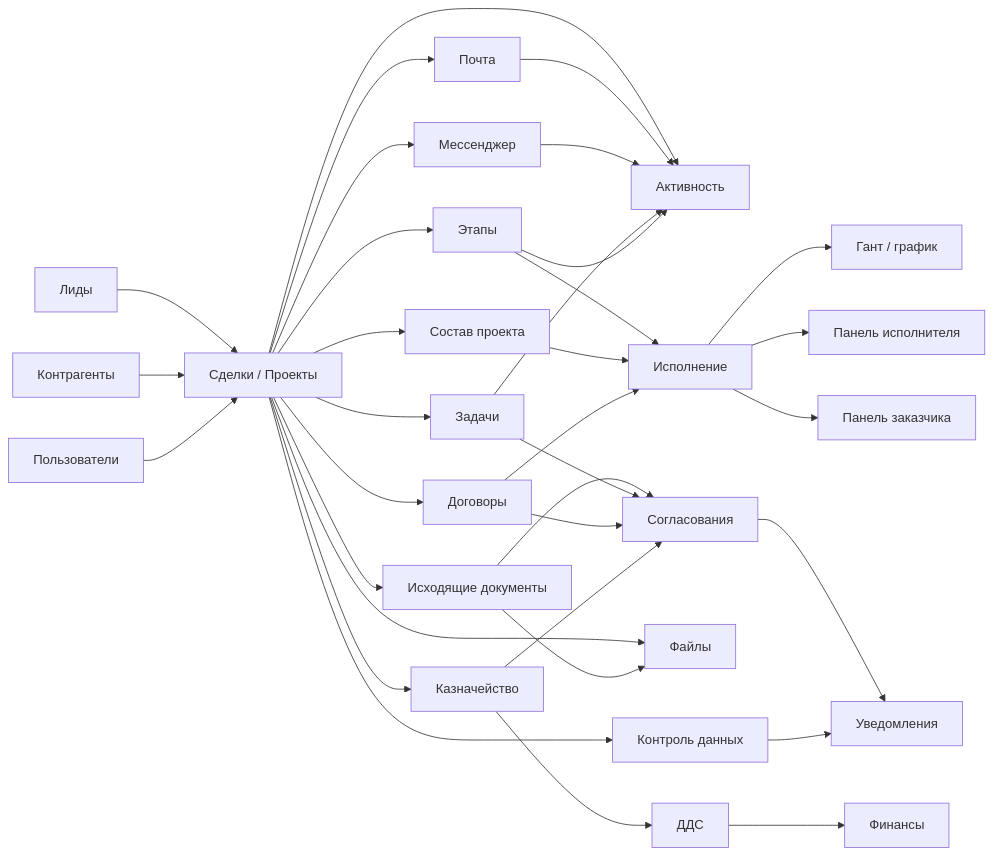
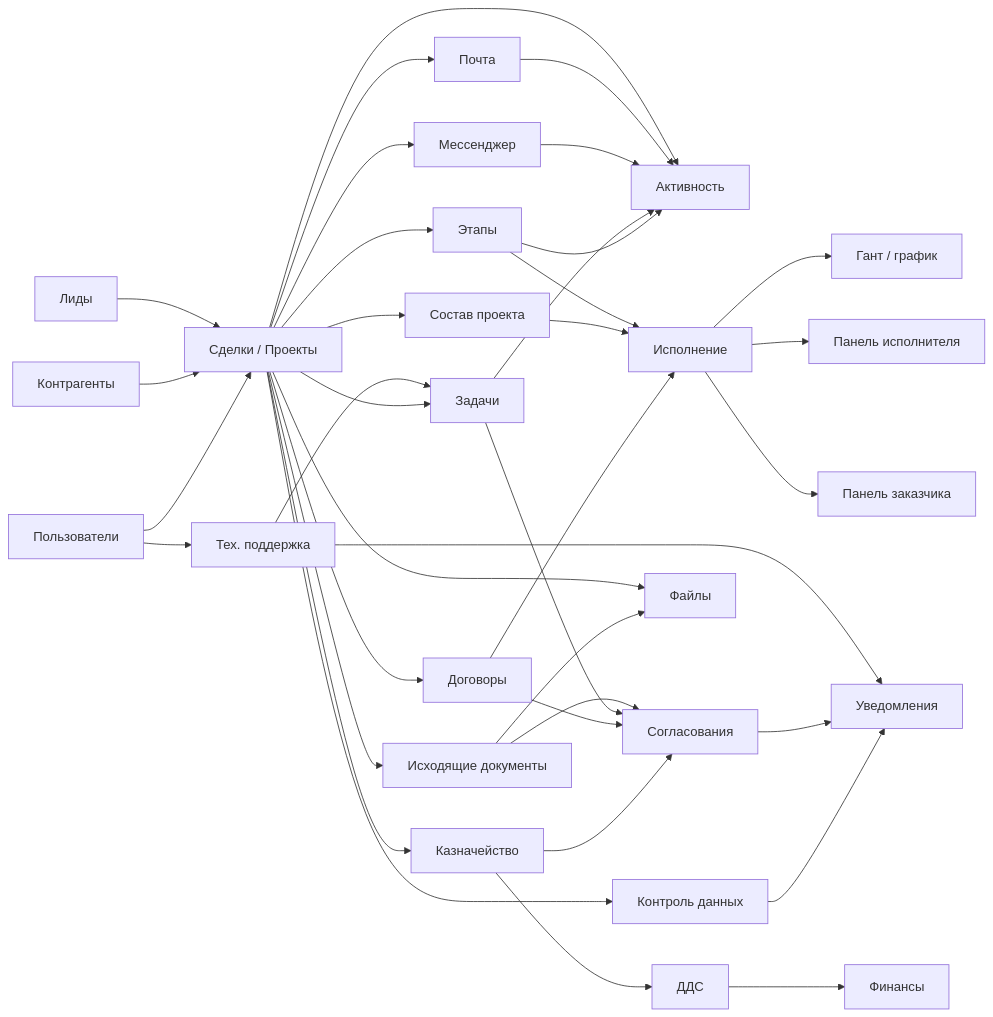
Before and after one commit to Illaevs/MPB: the first of 7 diagrams in docs/ADMIN_VISUAL_SYSTEM_MAP.md, drawn with Mermaid. The commit also changed other lines of this file and 264 other files, not shown here.

````diff
--- a/docs/ADMIN_VISUAL_SYSTEM_MAP.md
+++ b/docs/ADMIN_VISUAL_SYSTEM_MAP.md
@@ -20,44 +20,47 @@
 ```mermaid
 flowchart LR
     Leads["Лиды"] --> Deals["Сделки / Проекты"]
     Companies["Контрагенты"] --> Deals
     Users["Пользователи"] --> Deals
+    Users --> Support["Тех. поддержка"]
+    Support --> Tasks
+    Support --> Notifications
 
     Deals --> Composition["Состав проекта"]
     Deals --> Stages["Этапы"]
     Deals --> Contracts["Договоры"]
     Deals --> Tasks["Задачи"]
     Deals --> Activity["Активность"]
     Deals --> DataHealth["Контроль данных"]
 
     Stages --> Execution["Исполнение"]
     Composition --> Execution
     Contracts --> Execution
 
     Execution --> Gantt["Гант / график"]
     Execution --> Executor["Панель исполнителя"]
     Execution --> Customer["Панель заказчика"]
 
     Deals --> Outgoing["Исходящие документы"]
     Deals --> Files["Файлы"]
     Deals --> Mail["Почта"]
     Deals --> Messenger["Мессенджер"]
 
     Outgoing --> Files
     Mail --> Activity
     Messenger --> Activity
     Tasks --> Activity
     Stages --> Activity
 
     Deals --> Treasury["Казначейство"]
     Treasury --> DDS["ДДС"]
     DDS --> Finance["Финансы"]
 
     Outgoing --> Approvals["Согласования"]
     Tasks --> Approvals
     Contracts --> Approvals
     Treasury --> Approvals
 
     Approvals --> Notifications["Уведомления"]
     DataHealth --> Notifications
 ```
````
